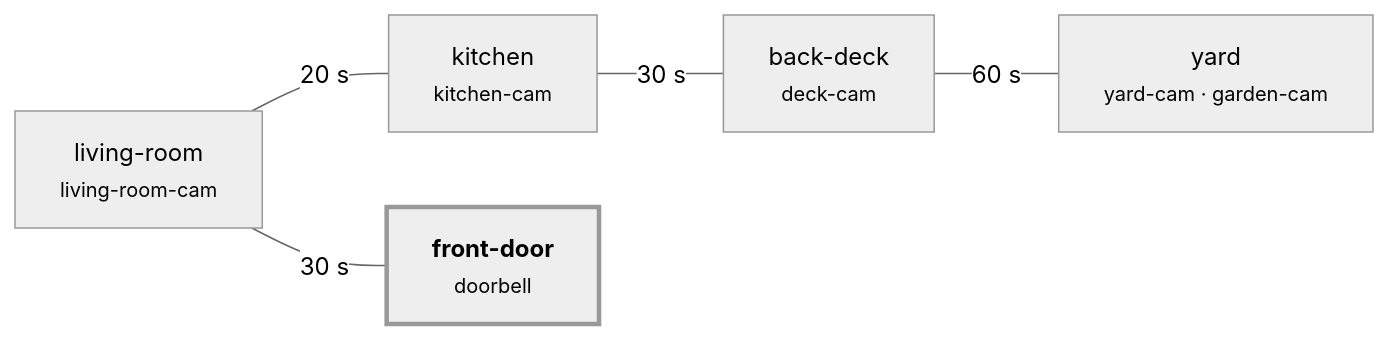
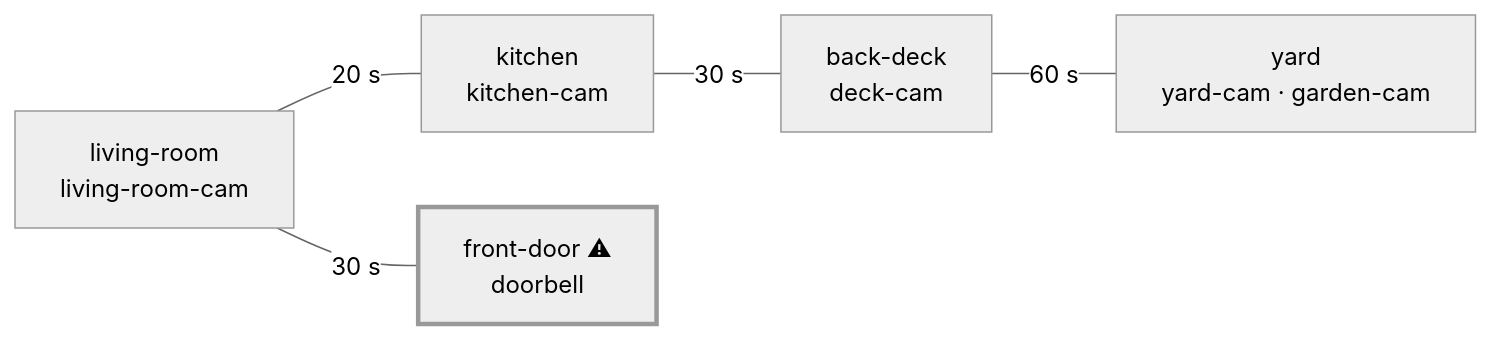
Before and after one commit to johnm555/AnimalTracker: the second of 2 diagrams in README.md, drawn with Mermaid (neutral theme). The commit also changed other lines of this file, not shown here.

Commit message:
README: plain-text Mermaid labels (GitHub strips inline HTML)

````diff
--- a/README.md
+++ b/README.md
@@ -46,8 +46,8 @@
 ```mermaid
 flowchart LR
-    living["living-room<br/><small>living-room-cam</small>"] ---|20 s| kitchen["kitchen<br/><small>kitchen-cam</small>"]
-    kitchen ---|30 s| deck["back-deck<br/><small>deck-cam</small>"]
-    deck ---|60 s| yard["yard<br/><small>yard-cam · garden-cam</small>"]
-    living ---|30 s| front["<b>front-door</b><br/><small>doorbell</small>"]
+    living["living-room<br/>living-room-cam"] ---|20 s| kitchen["kitchen<br/>kitchen-cam"]
+    kitchen ---|30 s| deck["back-deck<br/>deck-cam"]
+    deck ---|60 s| yard["yard<br/>yard-cam · garden-cam"]
+    living ---|30 s| front["front-door ⚠<br/>doorbell"]
     style front stroke-width:3px
 ```
````
